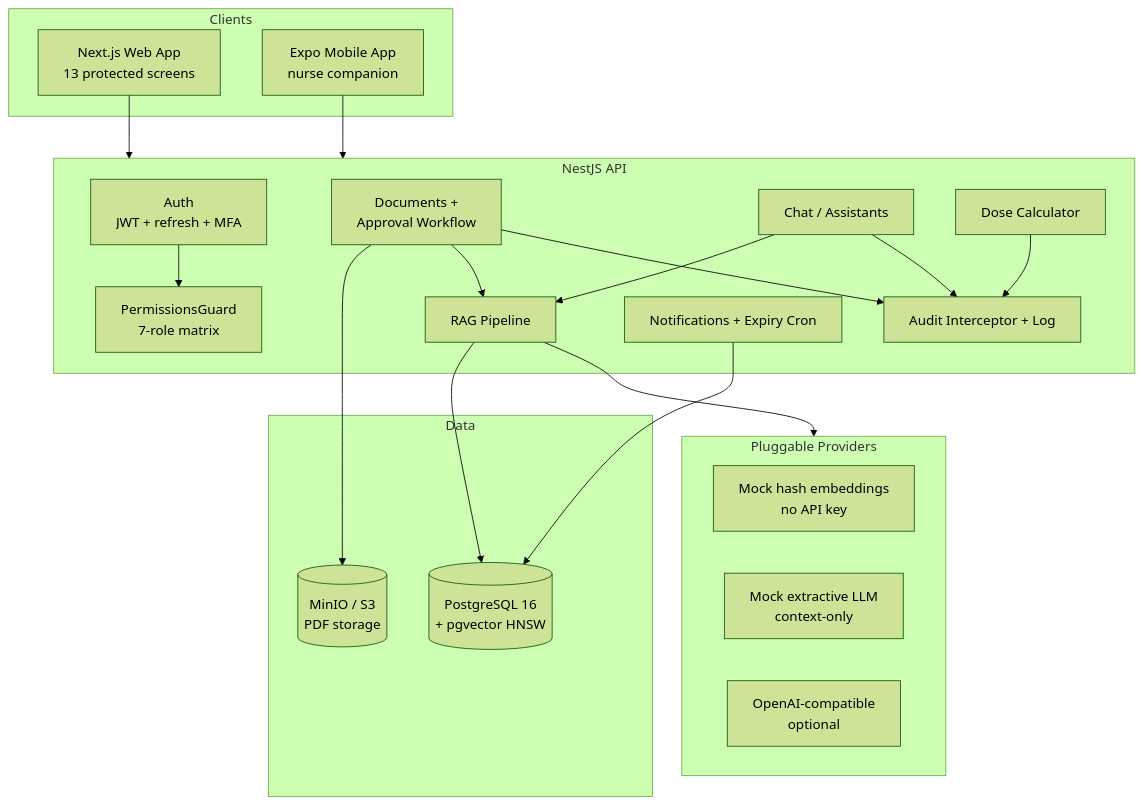
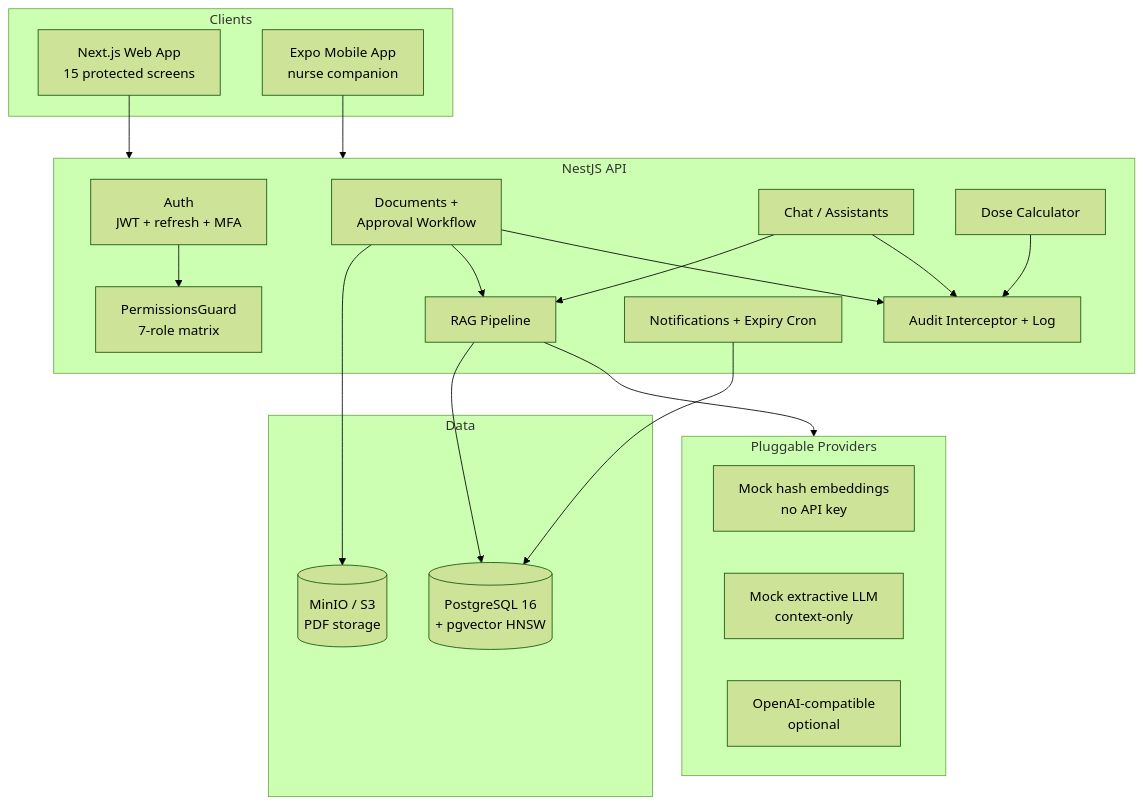
The first of 3 diagrams in docs/architecture.md (totti0770-beep/BNP-Decision-Guard-), drawn with Mermaid (forest theme) before and after one commit. The commit also changed 9 other files, not shown here.

````diff
--- a/docs/architecture.md
+++ b/docs/architecture.md
@@ -5,42 +5,42 @@
 ```mermaid
 graph TB
     subgraph Clients
-        WEB[Next.js Web App<br/>13 protected screens]
+        WEB[Next.js Web App<br/>15 protected screens]
         MOB[Expo Mobile App<br/>nurse companion]
     end
 
     subgraph API [NestJS API]
         AUTH[Auth<br/>JWT + refresh + MFA]
         RBAC[PermissionsGuard<br/>7-role matrix]
         DOCS[Documents +<br/>Approval Workflow]
         RAG[RAG Pipeline]
         CHAT[Chat / Assistants]
         DOSE[Dose Calculator]
         AUDIT[Audit Interceptor + Log]
         NOTIF[Notifications + Expiry Cron]
     end
 
     subgraph Data
         PG[(PostgreSQL 16<br/>+ pgvector HNSW)]
         S3[(MinIO / S3<br/>PDF storage)]
     end
 
     subgraph AI [Pluggable Providers]
         MOCKE[Mock hash embeddings<br/>no API key]
         MOCKL[Mock extractive LLM<br/>context-only]
         OAI[OpenAI-compatible<br/>optional]
     end
 
     WEB --> API
     MOB --> API
     AUTH --> RBAC
     DOCS --> S3
     DOCS --> RAG
     RAG --> PG
     RAG --> AI
     CHAT --> RAG
     CHAT --> AUDIT
     DOSE --> AUDIT
     DOCS --> AUDIT
     NOTIF --> PG
 ```
````
